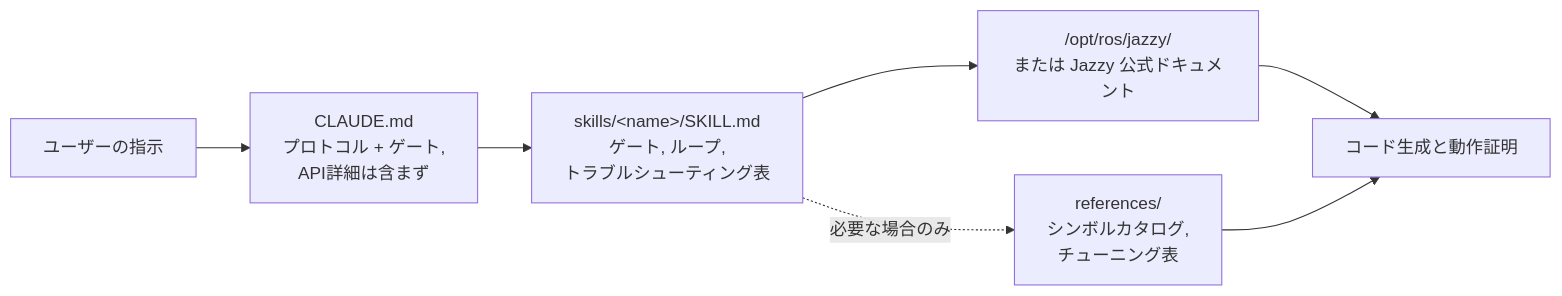
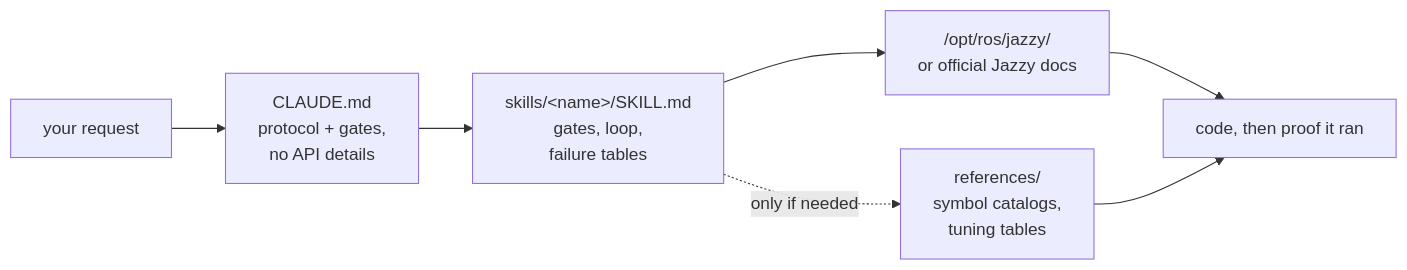
Before and after one commit to Leehyunbin0131/claude-ros2-skills: the diagram in README.ja.md, drawn with Mermaid. The commit also changed other lines of this file and 6 other files, not shown here.

````diff
--- a/README.ja.md
+++ b/README.ja.md
@@ -155,9 +154,9 @@
 ```mermaid
 flowchart LR
-    A["ユーザーの指示"] --> B["CLAUDE.md<br/>プロトコル + ゲート,<br/>API詳細は含まず"]
-    B --> C["skills/&lt;name&gt;/SKILL.md<br/>ゲート, ループ,<br/>トラブルシューティング表"]
-    C --> D["/opt/ros/jazzy/<br/>または Jazzy 公式ドキュメント"]
-    C -.必要な場合のみ.-> R["references/<br/>シンボルカタログ,<br/>チューニング表"]
-    D --> E["コード生成と動作証明"]
+    A["your request"] --> B["CLAUDE.md<br/>protocol + gates,<br/>no API details"]
+    B --> C["skills/&lt;name&gt;/SKILL.md<br/>gates, loop,<br/>failure tables"]
+    C --> D["/opt/ros/jazzy/<br/>or official Jazzy docs"]
+    C -.only if needed.-> R["references/<br/>symbol catalogs,<br/>tuning tables"]
+    D --> E["code, then proof it ran"]
     R --> E
 ```
````
